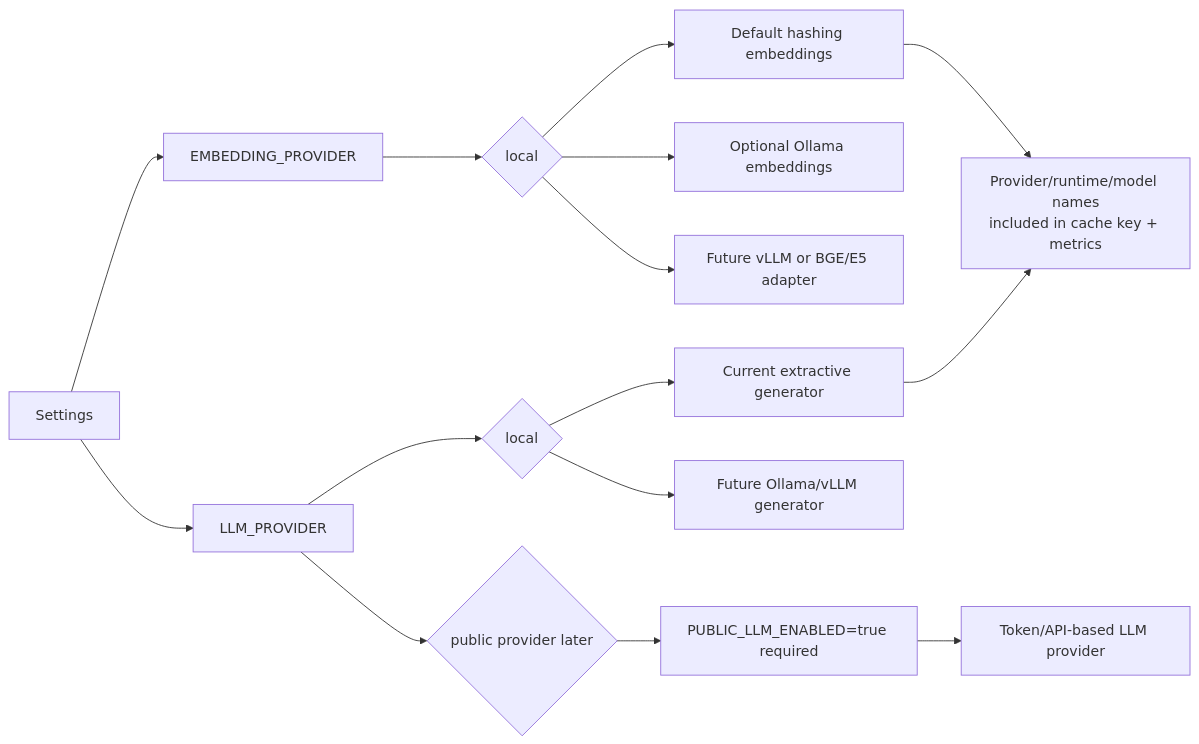
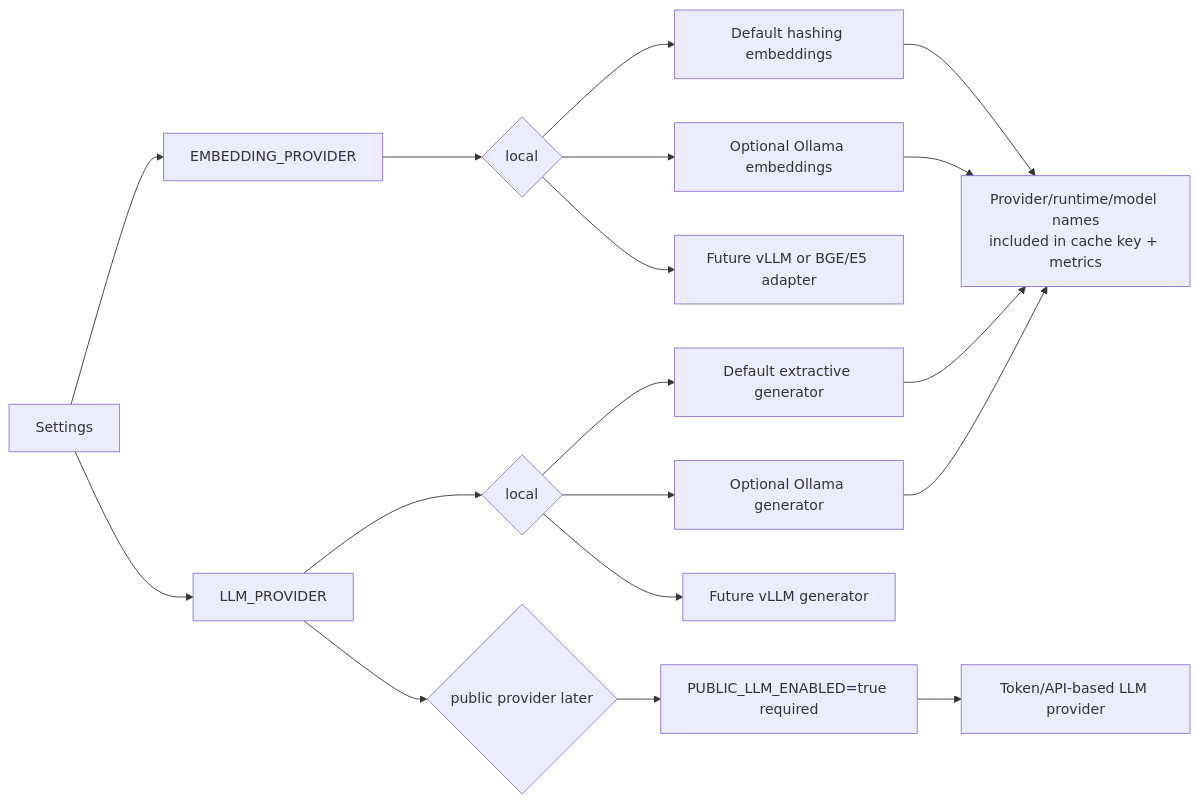
The fifth of 7 diagrams in docs/flow-diagrams.md (lnrdwarampudis-git/rag-saas-docs-ingestion-poc), drawn with Mermaid before and after one commit. The commit also changed 9 other files, not shown here.

Commit message:
Add Ollama answer generator

````diff
--- a/docs/flow-diagrams.md
+++ b/docs/flow-diagrams.md
@@ -111,17 +111,20 @@
 ```mermaid
 flowchart LR
   config["Settings"] --> embeddingProvider["EMBEDDING_PROVIDER"]
   config --> llmProvider["LLM_PROVIDER"]
   embeddingProvider --> localEmbedding{"local"}
   localEmbedding --> hashing["Default hashing embeddings"]
   localEmbedding --> ollamaEmbedding["Optional Ollama embeddings"]
   localEmbedding --> futureEmbedding["Future vLLM or BGE/E5 adapter"]
   llmProvider --> localLlm{"local"}
-  localLlm --> extractive["Current extractive generator"]
-  localLlm --> futureLlm["Future Ollama/vLLM generator"]
+  localLlm --> extractive["Default extractive generator"]
+  localLlm --> ollamaLlm["Optional Ollama generator"]
+  localLlm --> futureLlm["Future vLLM generator"]
   llmProvider --> public{"public provider later"}
   public --> gate["PUBLIC_LLM_ENABLED=true required"]
   gate --> tokenApi["Token/API-based LLM provider"]
   hashing --> cacheKey["Provider/runtime/model names<br/>included in cache key + metrics"]
   extractive --> cacheKey
+  ollamaEmbedding --> cacheKey
+  ollamaLlm --> cacheKey
 ```
````
